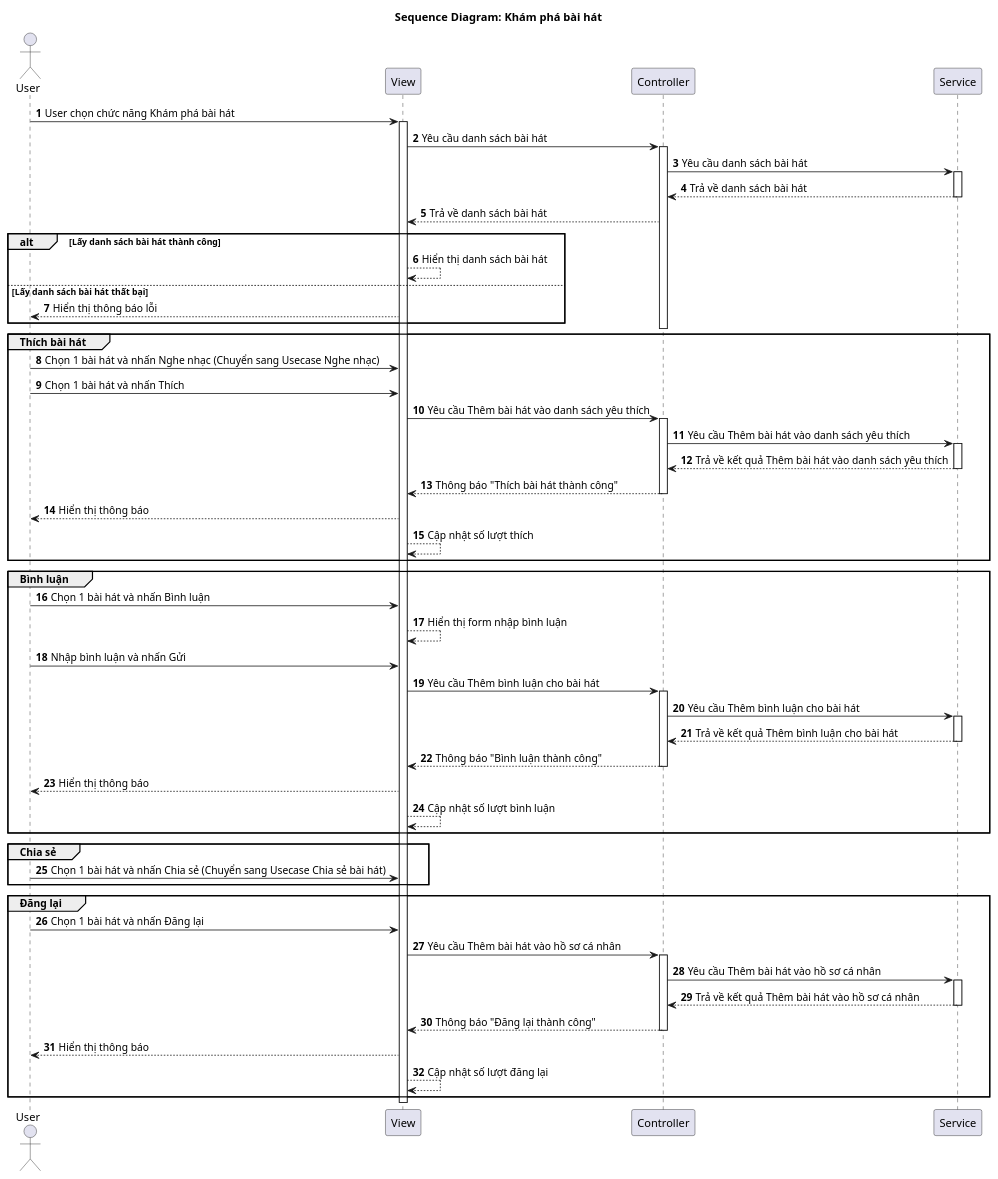
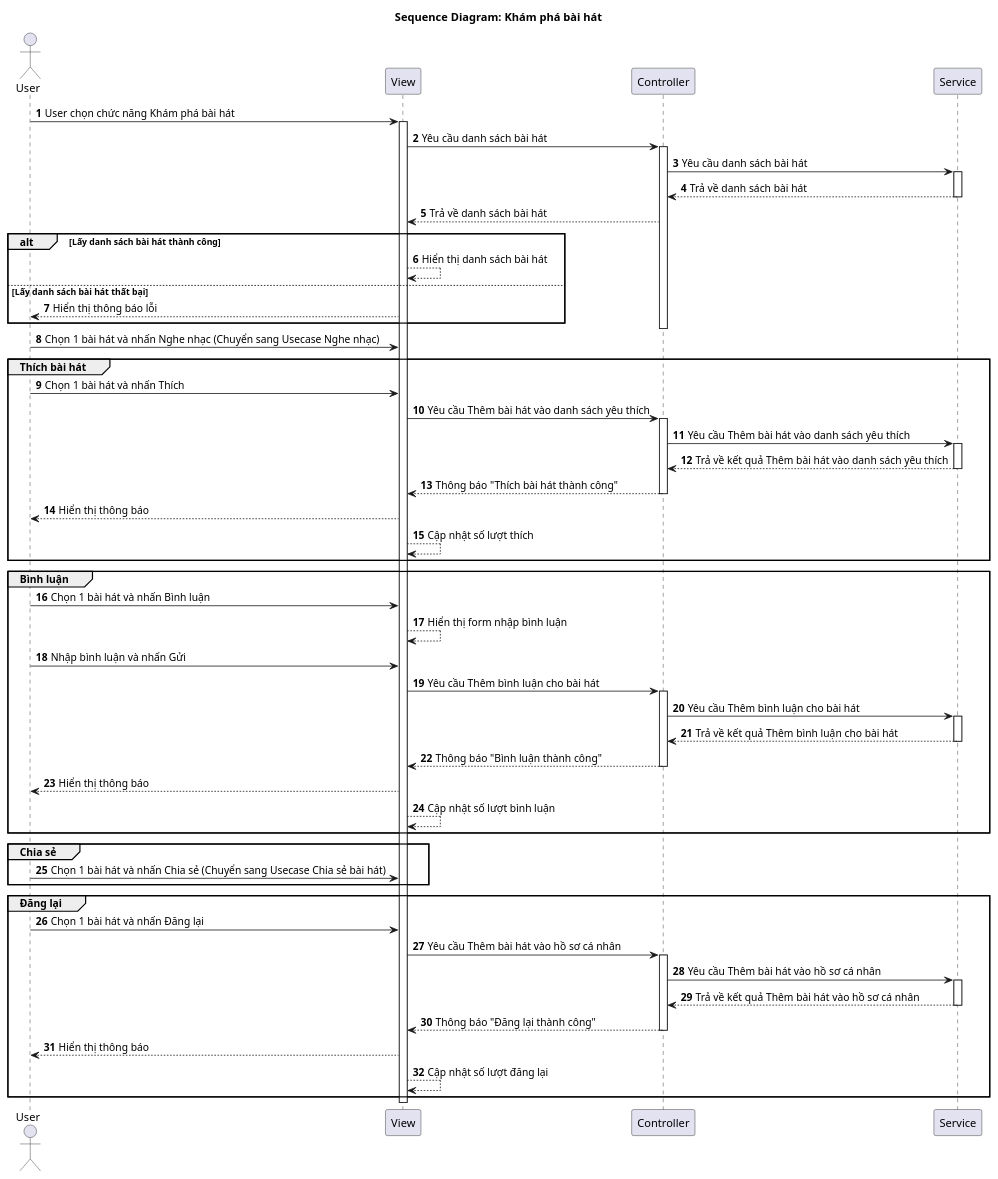
The diagram in Diagrams/SequenceDiagram/ExploreSongs.plantuml (vinh047/soundwave), drawn with PlantUML before and after one commit. The commit also changed 7 other files, not shown here.

Commit message:
Tách biệt Khám phá bài hát của Admin và User

```diff
--- a/Diagrams/SequenceDiagram/ExploreSongs.plantuml
+++ b/Diagrams/SequenceDiagram/ExploreSongs.plantuml
@@ -1,78 +1,79 @@
 @startuml SD
 
 actor "User" as User
 participant "View" as View
 participant "Controller" as Controller
 participant "Service" as Service
 
 title Sequence Diagram: Khám phá bài hát
 
 autonumber
 
 User -> View: User chọn chức năng Khám phá bài hát
 activate View
 View -> Controller: Yêu cầu danh sách bài hát
 activate Controller
 Controller -> Service: Yêu cầu danh sách bài hát
 activate Service
 Service --> Controller: Trả về danh sách bài hát
 deactivate Service
 Controller --> View: Trả về danh sách bài hát
 alt Lấy danh sách bài hát thành công
     View --> View: Hiển thị danh sách bài hát
 else Lấy danh sách bài hát thất bại
     View --> User: Hiển thị thông báo lỗi
 end
 deactivate Controller
 
+User -> View: Chọn 1 bài hát và nhấn Nghe nhạc (Chuyển sang Usecase Nghe nhạc)
+
 group Thích bài hát
-User -> View: Chọn 1 bài hát và nhấn Nghe nhạc (Chuyển sang Usecase Nghe nhạc)
 User -> View: Chọn 1 bài hát và nhấn Thích
 View -> Controller: Yêu cầu Thêm bài hát vào danh sách yêu thích
 activate Controller
 Controller -> Service: Yêu cầu Thêm bài hát vào danh sách yêu thích
 activate Service
 Service --> Controller: Trả về kết quả Thêm bài hát vào danh sách yêu thích
 deactivate Service
 Controller --> View: Thông báo "Thích bài hát thành công"
 deactivate Controller
 View --> User: Hiển thị thông báo
 View --> View: Cập nhật số lượt thích
 end
 
 group Bình luận
 User -> View: Chọn 1 bài hát và nhấn Bình luận
 View --> View: Hiển thị form nhập bình luận
 User -> View: Nhập bình luận và nhấn Gửi
 View -> Controller: Yêu cầu Thêm bình luận cho bài hát
 activate Controller
 Controller -> Service: Yêu cầu Thêm bình luận cho bài hát
 activate Service
 Service --> Controller: Trả về kết quả Thêm bình luận cho bài hát
 deactivate Service
 Controller --> View: Thông báo "Bình luận thành công"
 deactivate Controller
 View --> User: Hiển thị thông báo
 View --> View: Cập nhật số lượt bình luận
 end
 
 group Chia sẻ
 User -> View: Chọn 1 bài hát và nhấn Chia sẻ (Chuyển sang Usecase Chia sẻ bài hát)
 end
 
 group Đăng lại
 User -> View: Chọn 1 bài hát và nhấn Đăng lại
 View -> Controller: Yêu cầu Thêm bài hát vào hồ sơ cá nhân
 activate Controller
 Controller -> Service: Yêu cầu Thêm bài hát vào hồ sơ cá nhân
 activate Service
 Service --> Controller: Trả về kết quả Thêm bài hát vào hồ sơ cá nhân
 deactivate Service
 Controller --> View: Thông báo "Đăng lại thành công"
 deactivate Controller
 View --> User: Hiển thị thông báo
 View --> View: Cập nhật số lượt đăng lại
 end
 
 deactivate View
 @enduml
```
